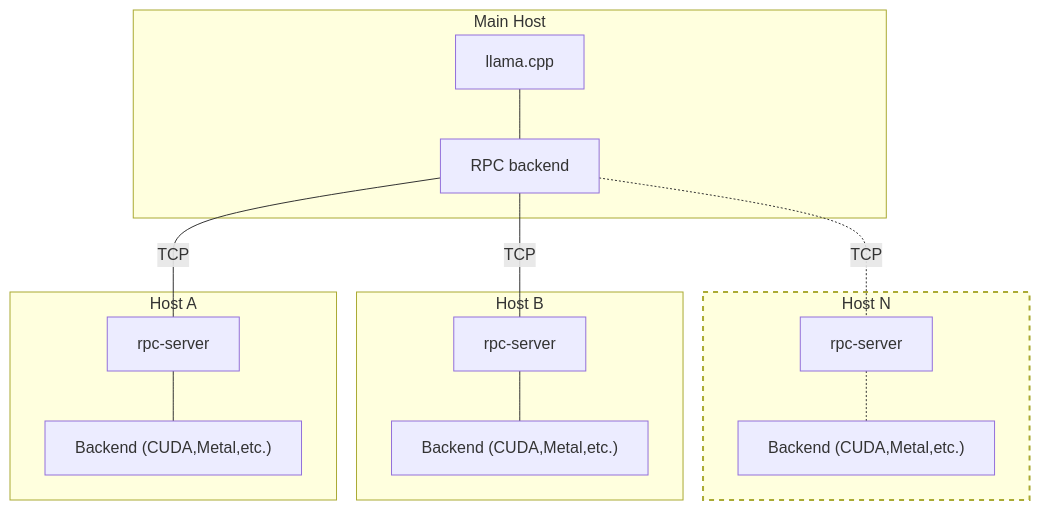
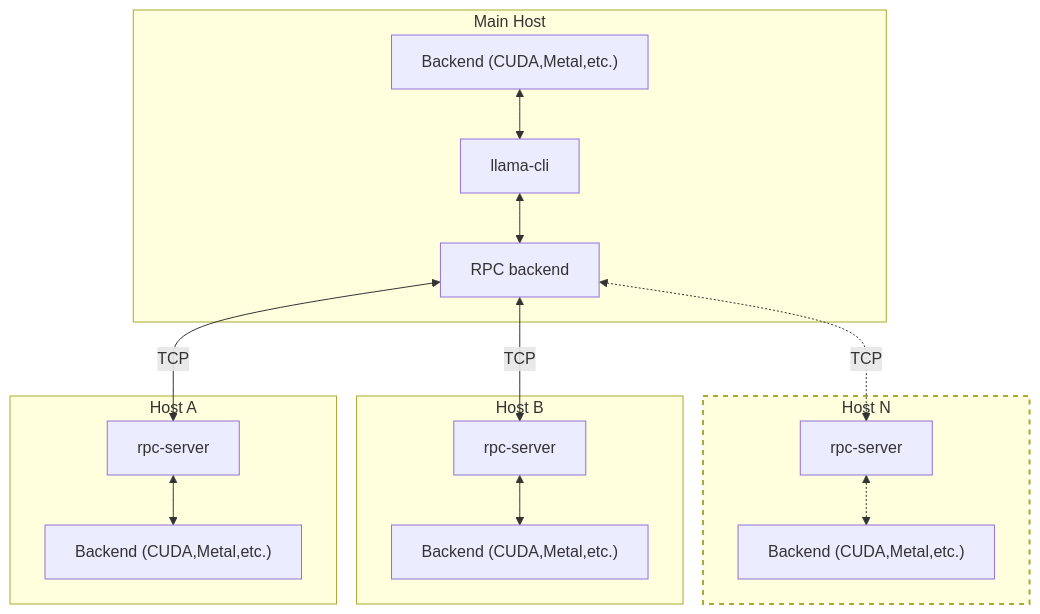
The diagram in examples/rpc/README.md (LL4nc33/llama-tq), drawn with Mermaid before and after one commit. The commit also changed other lines of this file, not shown here.

Commit message:
rpc : update README [no ci] (#9320)
Update README with instructions how to offload model layers to both
local and remote devices

````diff
--- a/examples/rpc/README.md
+++ b/examples/rpc/README.md
@@ -11,19 +11,20 @@
 ```mermaid
 flowchart TD
-    rpcb---|TCP|srva
-    rpcb---|TCP|srvb
-    rpcb-.-|TCP|srvn
+    rpcb<-->|TCP|srva
+    rpcb<-->|TCP|srvb
+    rpcb<-.->|TCP|srvn
     subgraph hostn[Host N]
-    srvn[rpc-server]-.-backend3["Backend (CUDA,Metal,etc.)"]
+    srvn[rpc-server]<-.->backend3["Backend (CUDA,Metal,etc.)"]
     end
     subgraph hostb[Host B]
-    srvb[rpc-server]---backend2["Backend (CUDA,Metal,etc.)"]
+    srvb[rpc-server]<-->backend2["Backend (CUDA,Metal,etc.)"]
     end
     subgraph hosta[Host A]
-    srva[rpc-server]---backend["Backend (CUDA,Metal,etc.)"]
+    srva[rpc-server]<-->backend["Backend (CUDA,Metal,etc.)"]
     end
     subgraph host[Main Host]
-    ggml[llama.cpp]---rpcb[RPC backend]
+    local["Backend (CUDA,Metal,etc.)"]<-->ggml[llama-cli]
+    ggml[llama-cli]<-->rpcb[RPC backend]
     end
     style hostn stroke:#66,stroke-width:2px,stroke-dasharray: 5 5
 ```
````
